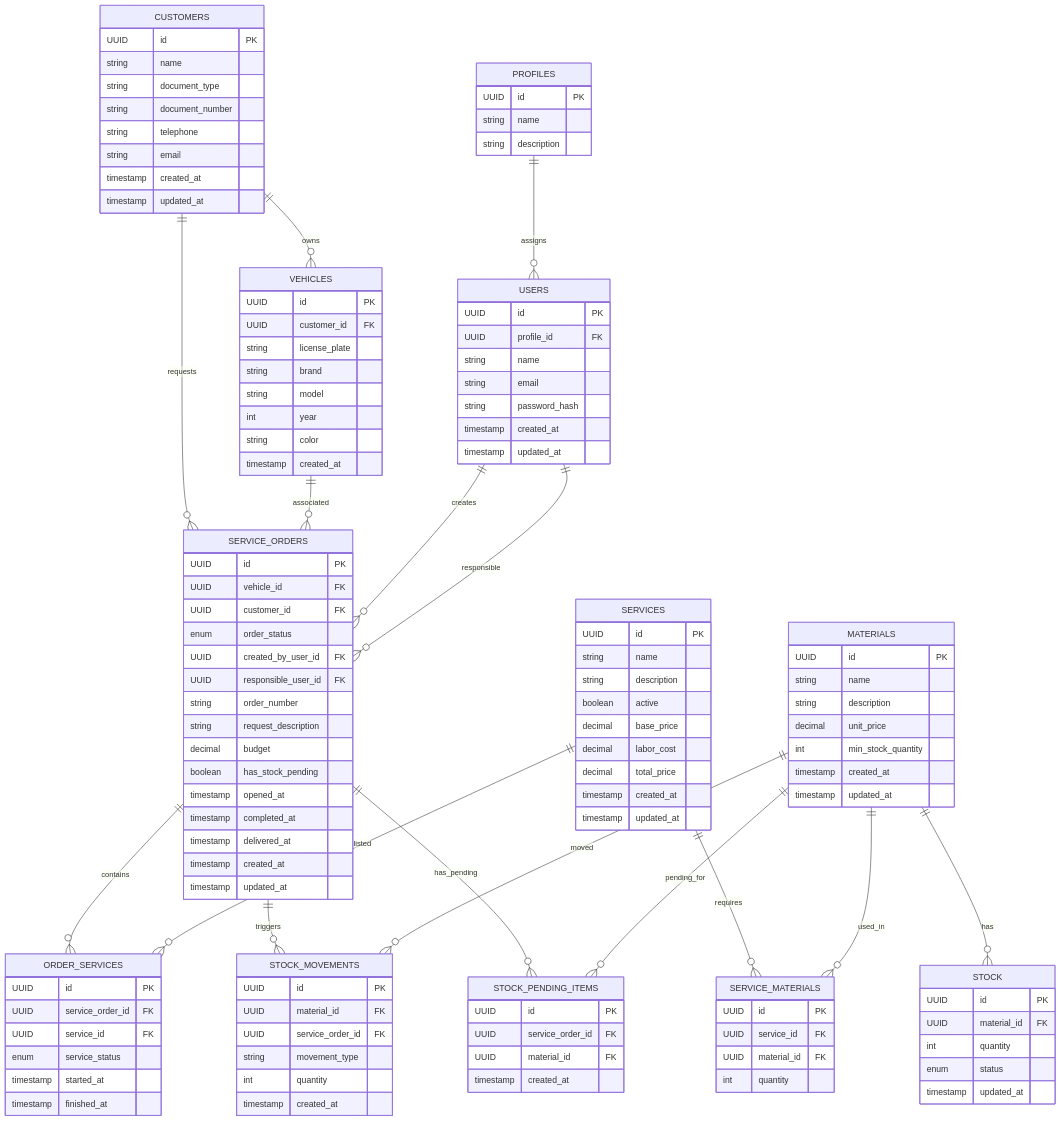
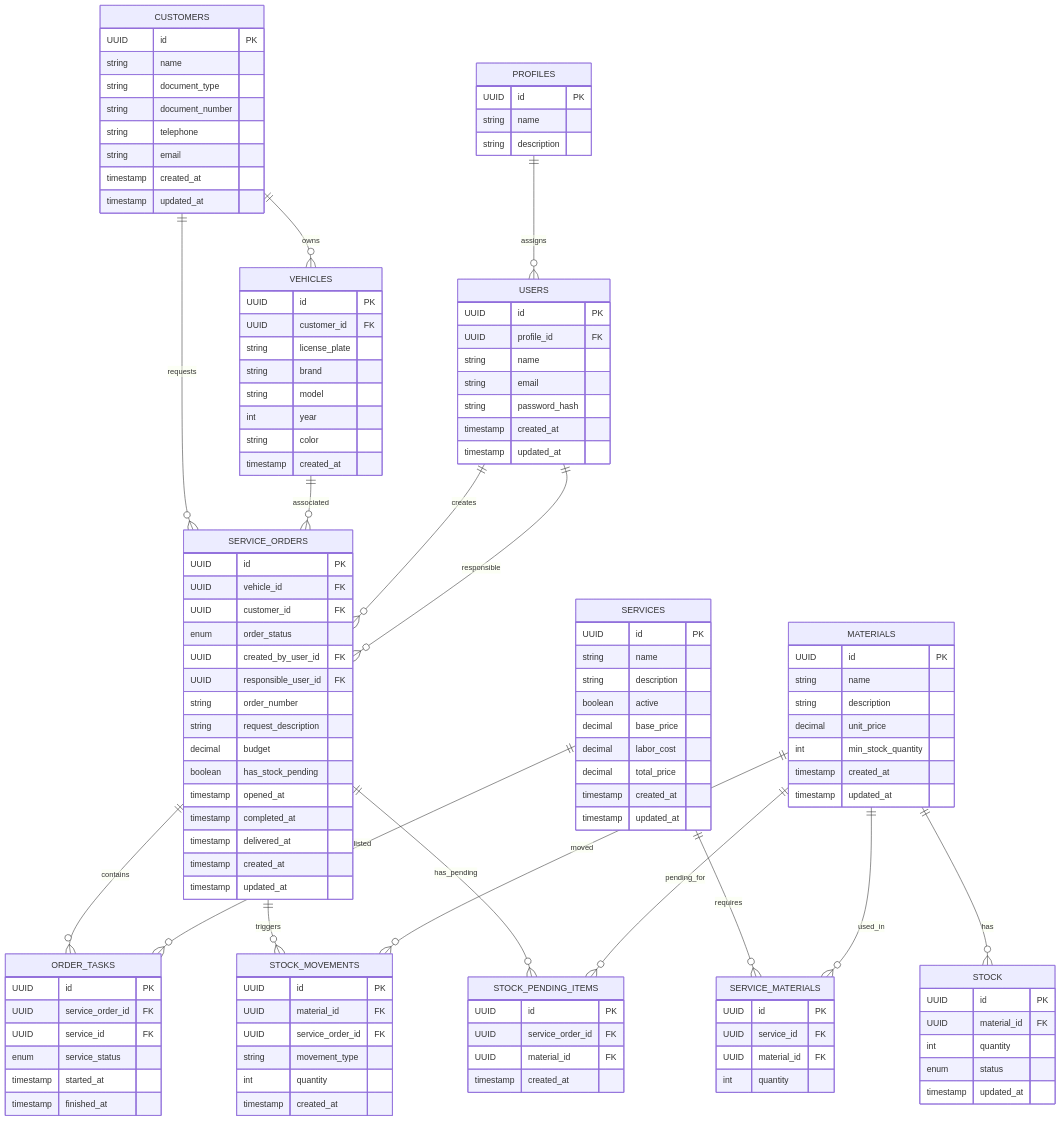
Before and after one commit to Yngredh/mechanical-hub: the diagram in src/docs/spec/mechanical-hub-data-model.md, drawn with Mermaid.

Commit message:
project data model update

```diff
--- a/src/docs/spec/mechanical-hub-data-model.md
+++ b/src/docs/spec/mechanical-hub-data-model.md
@@ -10,10 +10,10 @@
     USERS ||--o{ SERVICE_ORDERS : creates
     USERS ||--o{ SERVICE_ORDERS : responsible
     PROFILES ||--o{ USERS : assigns
-    SERVICE_ORDERS ||--o{ ORDER_SERVICES : contains
+    SERVICE_ORDERS ||--o{ ORDER_TASKS : contains
     SERVICE_ORDERS ||--o{ STOCK_MOVEMENTS : triggers
     SERVICE_ORDERS ||--o{ STOCK_PENDING_ITEMS : has_pending
-    SERVICES ||--o{ ORDER_SERVICES : listed
+    SERVICES ||--o{ ORDER_TASKS : listed
     SERVICES ||--o{ SERVICE_MATERIALS : requires
     MATERIALS ||--o{ SERVICE_MATERIALS : used_in
     MATERIALS ||--o{ STOCK : has
@@ -88,7 +88,7 @@
         timestamp updated_at
     }
 
-    ORDER_SERVICES {
+    ORDER_TASKS {
         UUID id PK
         UUID service_order_id FK
         UUID service_id FK
```
